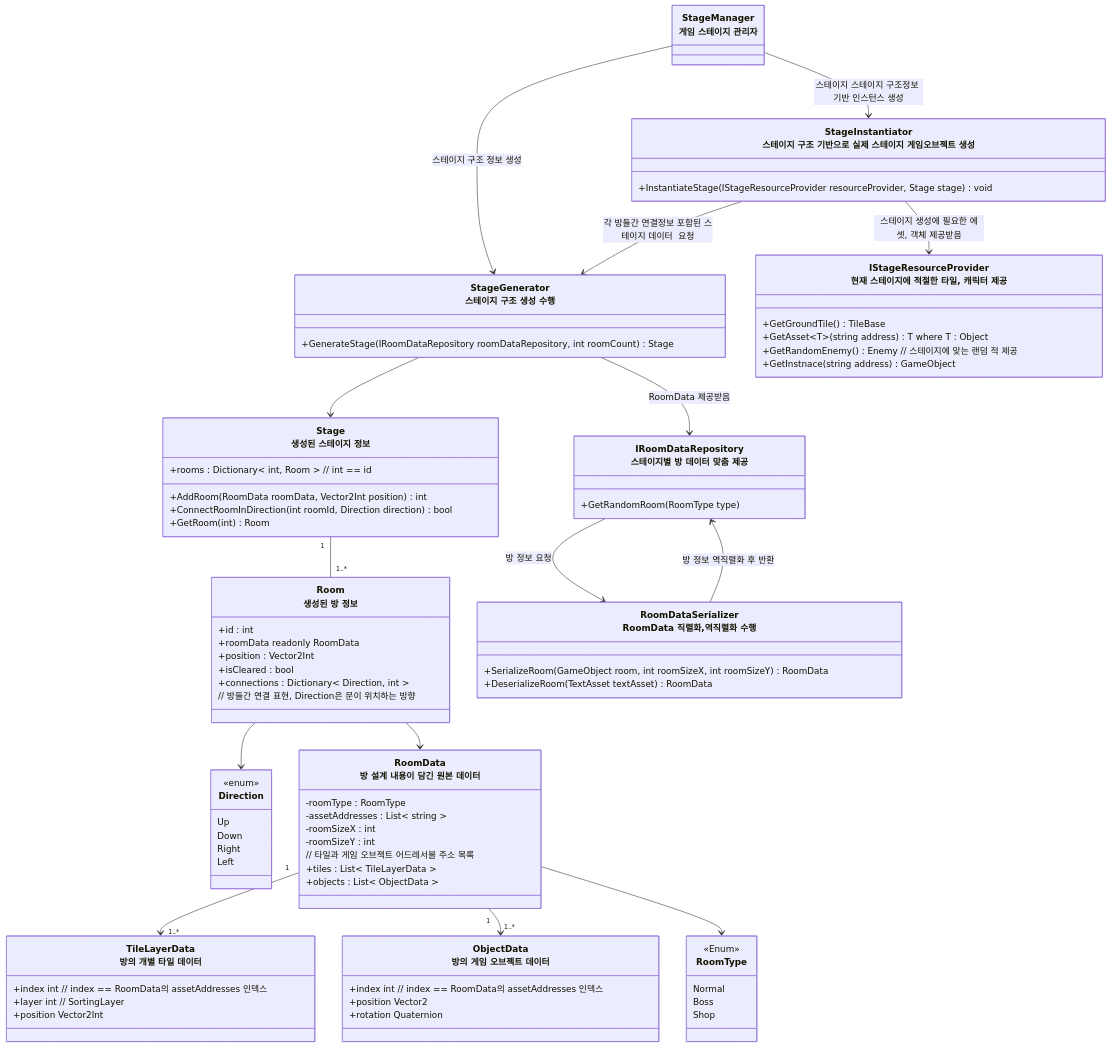
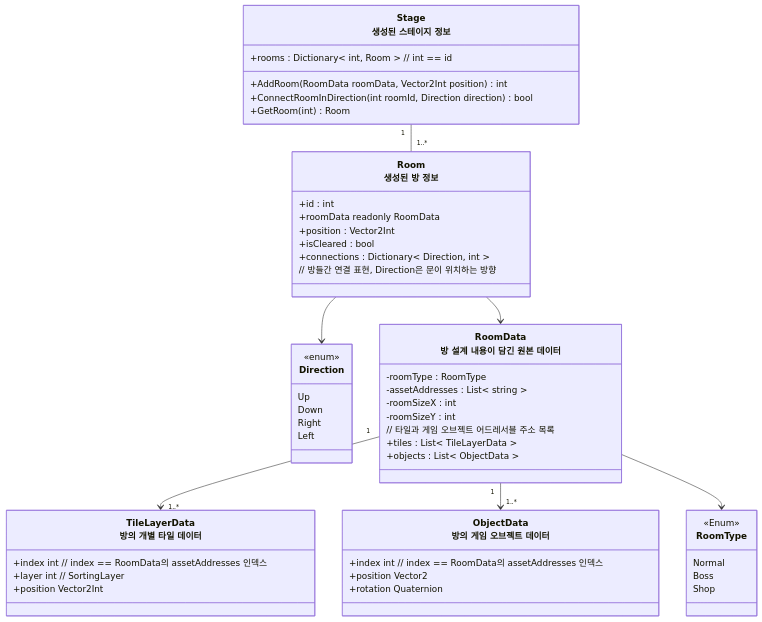
One commit to JIN5EOK/DungeonShooter changed the first of 5 diagrams in Assets/_README/스테이지_설계.md. Above: the diagram before and after it, drawn with Mermaid. The commit also changed other lines of this file, not shown here.

Commit message:
docs: 스테이지 설계 문서 업데이트

```diff
--- a/Assets/_README/스테이지_설계.md
+++ b/Assets/_README/스테이지_설계.md
@@ -11,10 +18,6 @@
         Down
         Right
         Left
-    }
-
-    class IRoomDataRepository["IRoomDataRepository<br>스테이지별 방 데이터 맞춤 제공"] {
-        +GetRandomRoom(RoomType type)
     }
 
     class Stage["Stage<br>생성된 스테이지 정보"] {
@@ -55,46 +58,15 @@
         +rotation Quaternion
     }
 
-    class RoomDataSerializer["RoomDataSerializer<br>RoomData 직렬화,역직렬화 수행"]{
-        +SerializeRoom(GameObject room, int roomSizeX, int roomSizeY) RoomData
-        +DeserializeRoom(TextAsset textAsset) RoomData
-    }
-
-    class StageGenerator["StageGenerator<br>스테이지 구조 생성 수행"]{
-        +GenerateStage(IRoomDataRepository roomDataRepository, int roomCount) Stage
-    }
-
-    class StageInstantiator["StageInstantiator<br>스테이지 구조 기반으로 실제 스테이지 게임오브젝트 생성"]{
-        +InstantiateStage(IStageResourceProvider resourceProvider, Stage stage) void
-    }
-    
-    class StageManager["StageManager<br>게임 스테이지 관리자"]{
-    }
-
     class RoomType{
         <<Enum>>
         Normal
         Boss
         Shop
     }
-    
-    class IStageResourceProvider["IStageResourceProvider<br>현재 스테이지에 적절한  타일, 캐릭터 제공"]{
-        +GetGroundTile() TileBase
-        +GetAsset~T~(string address) T where T : Object
-        +GetRandomEnemy() Enemy // 스테이지에 맞는 랜덤 적 제공
-        +GetInstnace(string address) GameObject
-    }
-    
-    StageInstantiator --> IStageResourceProvider : 스테이지 생성에 필요한 에셋, 객체 제공받음
-    StageGenerator --> IRoomDataRepository : RoomData 제공받음
-    StageManager --> StageInstantiator : 스테이지 스테이지 구조정보 기반 인스턴스 생성
-    StageManager --> StageGenerator : 스테이지 구조 정보 생성
+
+
     Room --> Direction
-    
-    IRoomDataRepository --> RoomDataSerializer : 방 정보 요청
-    StageGenerator --> Stage
-    RoomDataSerializer -->  IRoomDataRepository : 방 정보 역직렬화 후 반환
-    StageInstantiator --> StageGenerator : 각 방들간 연결정보 포함된 스테이지 데이터  요청
     Stage "1" -- "1..*" Room
     Room --> RoomData
     RoomData "1"-->"1..*" TileLayerData
```
